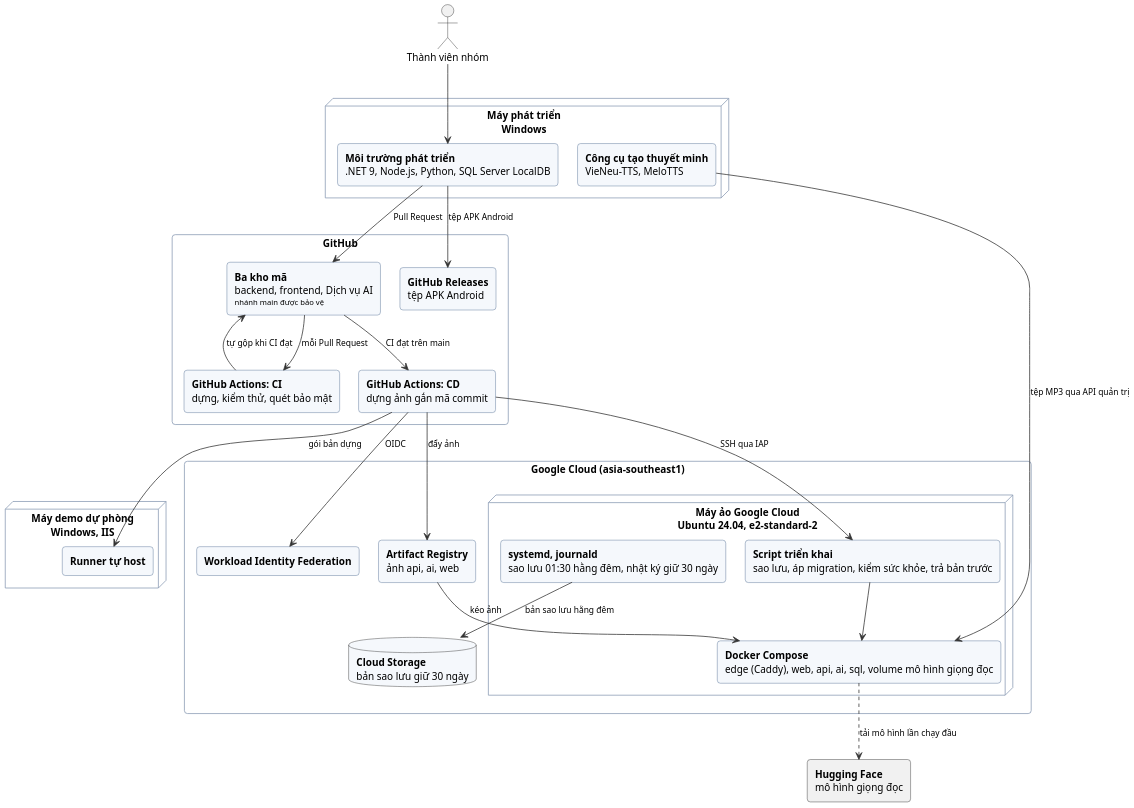
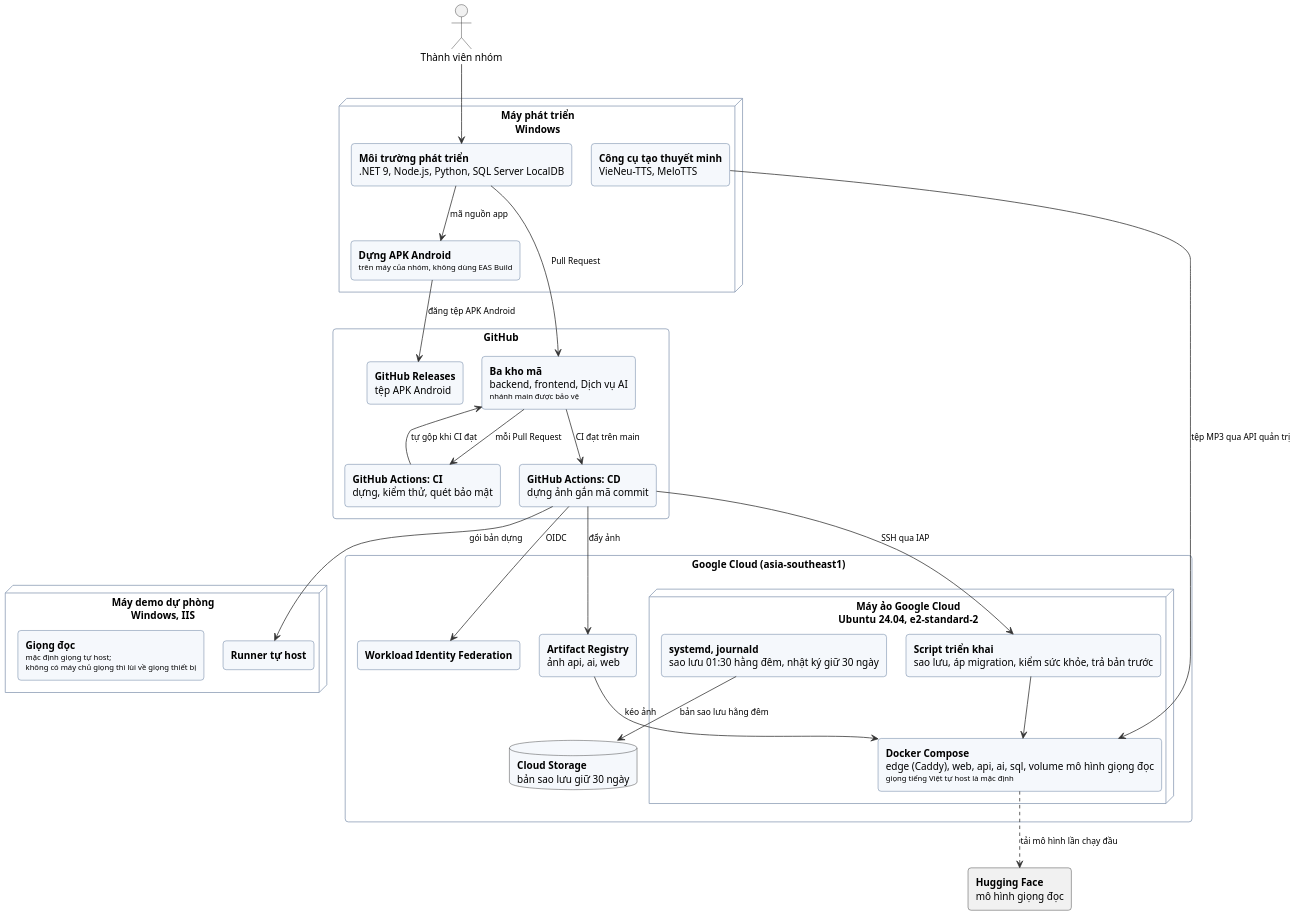
One commit to Nho2708/BE_Cultural_Heritage- changed the diagram in docs/so-do/vi/trien-khai-he-thong.puml. Above: the diagram before and after it, drawn with PlantUML. The commit also changed 23 other files, not shown here.

First line of the commit message:
Update design diagrams and database overview to the current behavior (#50)

```diff
--- a/docs/so-do/vi/trien-khai-he-thong.puml
+++ b/docs/so-do/vi/trien-khai-he-thong.puml
@@ -1,78 +1,81 @@
 @startuml
 skinparam defaultFontName Arial
 skinparam defaultFontSize 13
 skinparam dpi 150
 skinparam shadowing false
 skinparam roundCorner 8
 skinparam ArrowColor #333333
 skinparam ArrowFontSize 12
 skinparam ActivityBackgroundColor #F5F8FC
 skinparam ActivityBorderColor #3B5B85
 skinparam ActivityDiamondBackgroundColor #FFF6E5
 skinparam ActivityDiamondBorderColor #B7791F
 skinparam SwimlaneTitleFontStyle bold
 skinparam StateBackgroundColor #F5F8FC
 skinparam StateBorderColor #3B5B85
 skinparam ComponentBackgroundColor #F5F8FC
 skinparam ComponentBorderColor #3B5B85
 skinparam NodeBackgroundColor #FFFFFF
 skinparam NodeBorderColor #555555
 skinparam DatabaseBackgroundColor #F5F8FC
 skinparam CloudBackgroundColor #FFFFFF
 skinparam ClassBackgroundColor #FFFFFF
 skinparam ClassBorderColor #3B5B85
 skinparam ClassHeaderBackgroundColor #E8EEF6
 skinparam PackageBorderColor #8A9BB3
 skinparam nodesep 25
 skinparam ranksep 55
 skinparam componentStyle rectangle
 skinparam ArrowFontSize 11
 skinparam PackageStyle rectangle
 
 actor "Thành viên nhóm" as thanhVien
 
 node "<b>Máy phát triển</b>\nWindows" as mayDev {
   component "<b>Môi trường phát triển</b>\n.NET 9, Node.js, Python, SQL Server LocalDB" as moiTruongDev
   component "<b>Công cụ tạo thuyết minh</b>\nVieNeu-TTS, MeloTTS" as congCuThuyetMinh
+  component "<b>Dựng APK Android</b>\n<size:10>trên máy của nhóm, không dùng EAS Build</size>" as dungApk
 }
 
 rectangle "<b>GitHub</b>" as github {
   component "<b>Ba kho mã</b>\nbackend, frontend, Dịch vụ AI\n<size:10>nhánh main được bảo vệ</size>" as khoMa
   component "<b>GitHub Actions: CI</b>\ndựng, kiểm thử, quét bảo mật" as ci
   component "<b>GitHub Actions: CD</b>\ndựng ảnh gắn mã commit" as cd
   component "<b>GitHub Releases</b>\ntệp APK Android" as releases
 }
 
 node "<b>Máy demo dự phòng</b>\nWindows, IIS" as mayDemo {
   component "<b>Runner tự host</b>" as runner
+  component "<b>Giọng đọc</b>\n<size:10>mặc định giọng tự host;</size>\n<size:10>không có máy chủ giọng thì lùi về giọng thiết bị</size>" as giongThietBi
 }
 
 rectangle "<b>Google Cloud</b> (asia-southeast1)" as gcp {
   component "<b>Workload Identity Federation</b>" as wif
   component "<b>Artifact Registry</b>\nảnh api, ai, web" as registry
   node "<b>Máy ảo Google Cloud</b>\nUbuntu 24.04, e2-standard-2" as mayAo {
-    component "<b>Docker Compose</b>\nedge (Caddy), web, api, ai, sql, volume mô hình giọng đọc" as compose
+    component "<b>Docker Compose</b>\nedge (Caddy), web, api, ai, sql, volume mô hình giọng đọc\n<size:10>giọng tiếng Việt tự host là mặc định</size>" as compose
     component "<b>Script triển khai</b>\nsao lưu, áp migration, kiểm sức khỏe, trả bản trước" as scriptTrienKhai
     component "<b>systemd, journald</b>\nsao lưu 01:30 hằng đêm, nhật ký giữ 30 ngày" as heThong
   }
   database "<b>Cloud Storage</b>\nbản sao lưu giữ 30 ngày" as bucket
 }
 
 rectangle "<b>Hugging Face</b>\nmô hình giọng đọc" as hf
 
 thanhVien --> moiTruongDev
 moiTruongDev --> khoMa : Pull Request
 khoMa --> ci : mỗi Pull Request
 ci --> khoMa : tự gộp khi CI đạt
 khoMa --> cd : CI đạt trên main
 cd --> runner : gói bản dựng
 cd --> wif : OIDC
 cd --> registry : đẩy ảnh
 cd --> scriptTrienKhai : SSH qua IAP
 registry --> compose : kéo ảnh
 scriptTrienKhai --> compose
 heThong --> bucket : bản sao lưu hằng đêm
-moiTruongDev --> releases : tệp APK Android
+moiTruongDev --> dungApk : mã nguồn app
+dungApk --> releases : đăng tệp APK Android
 congCuThuyetMinh --> compose : tệp MP3 qua API quản trị
 compose ..> hf : tải mô hình lần chạy đầu
 @enduml
```
